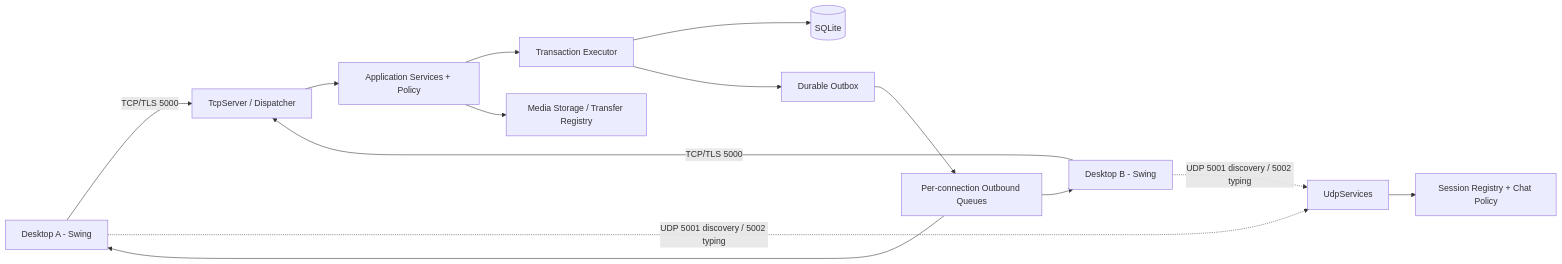
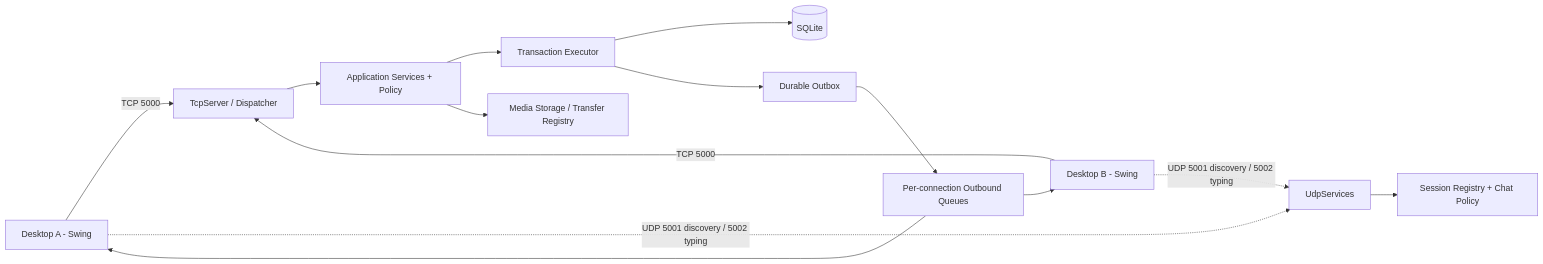
One commit to Letien06/Chat-CS-P2P changed the diagram in docs/03-architecture.md. Above: the diagram before and after it, drawn with Mermaid. The commit also changed other lines of this file and 37 other files, not shown here.

Commit message:
Remove TLS and use plain TCP launch flow

````diff
--- a/docs/03-architecture.md
+++ b/docs/03-architecture.md
@@ -7,16 +9,16 @@
 ```mermaid
 flowchart LR
-  A[Desktop A - Swing] -->|TCP/TLS 5000| T[TcpServer / Dispatcher]
-  B[Desktop B - Swing] -->|TCP/TLS 5000| T
+  A[Desktop A - Swing] -->|TCP 5000| T[TcpServer / Dispatcher]
+  B[Desktop B - Swing] -->|TCP 5000| T
   A -.->|UDP 5001 discovery / 5002 typing| U[UdpServices]
   B -.->|UDP 5001 discovery / 5002 typing| U
   T --> S[Application Services + Policy]
   U --> P[Session Registry + Chat Policy]
   S --> X[Transaction Executor]
   X --> D[(SQLite)]
   S --> F[Media Storage / Transfer Registry]
   X --> O[Durable Outbox]
   O --> Q[Per-connection Outbound Queues]
   Q --> A
   Q --> B
 ```
````
